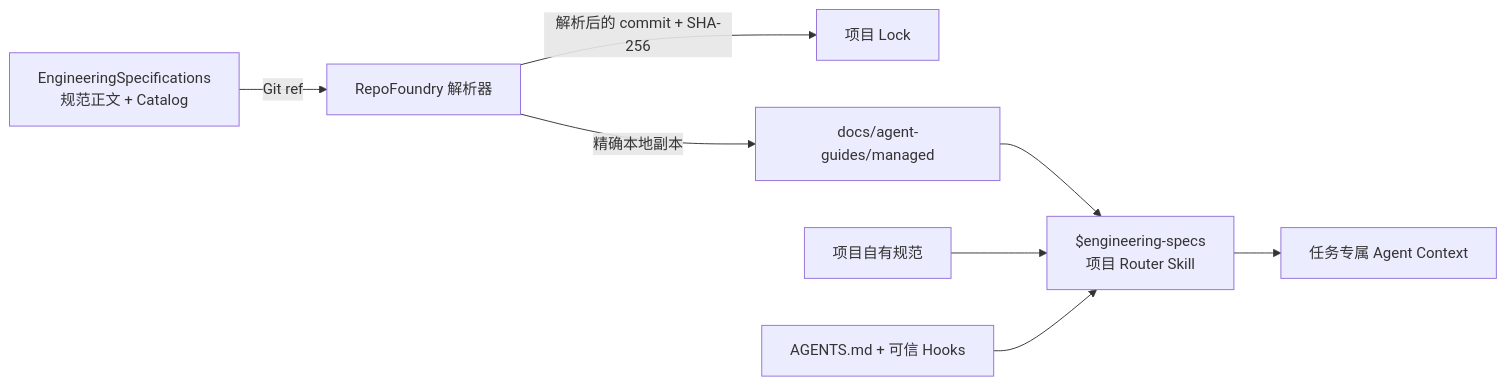
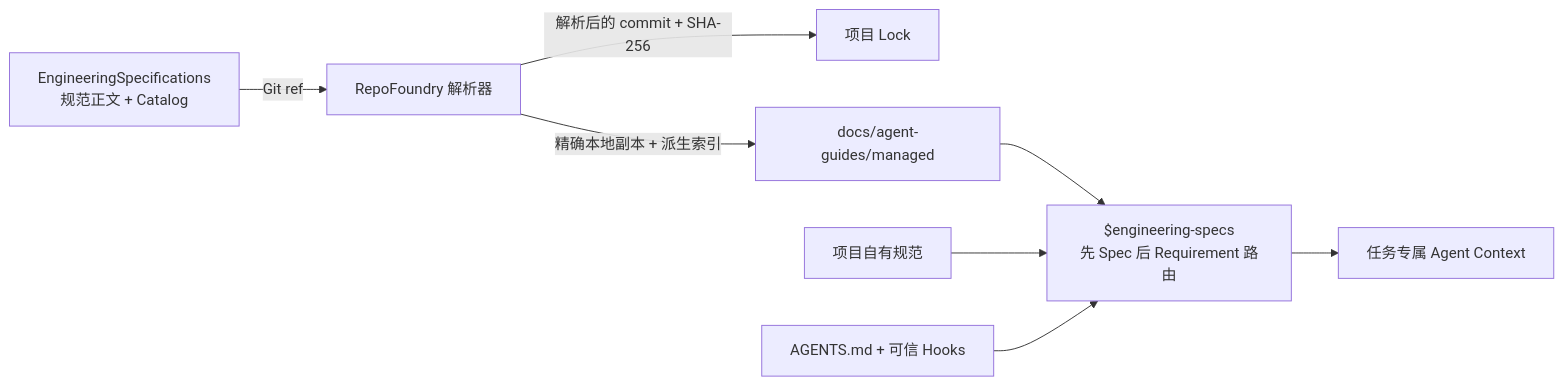
Before and after one commit to XiaoWeiKIN/EngineeringSpecifications: the diagram in README.zh-CN.md, drawn with Mermaid. The commit also changed other lines of this file and 18 other files, not shown here.

````diff
--- a/README.zh-CN.md
+++ b/README.zh-CN.md
@@ -11,10 +11,10 @@
 ```mermaid
 flowchart LR
     S["EngineeringSpecifications<br/>规范正文 + Catalog"] -->|"Git ref"| W["RepoFoundry 解析器"]
     W -->|"解析后的 commit + SHA-256"| L["项目 Lock"]
-    W -->|"精确本地副本"| M["docs/agent-guides/managed"]
-    M --> R["$engineering-specs<br/>项目 Router Skill"]
+    W -->|"精确本地副本 + 派生索引"| M["docs/agent-guides/managed"]
+    M --> R["$engineering-specs<br/>先 Spec 后 Requirement 路由"]
     P["项目自有规范"] --> R
     A["AGENTS.md + 可信 Hooks"] --> R
     R --> C["任务专属 Agent Context"]
 ```
````
